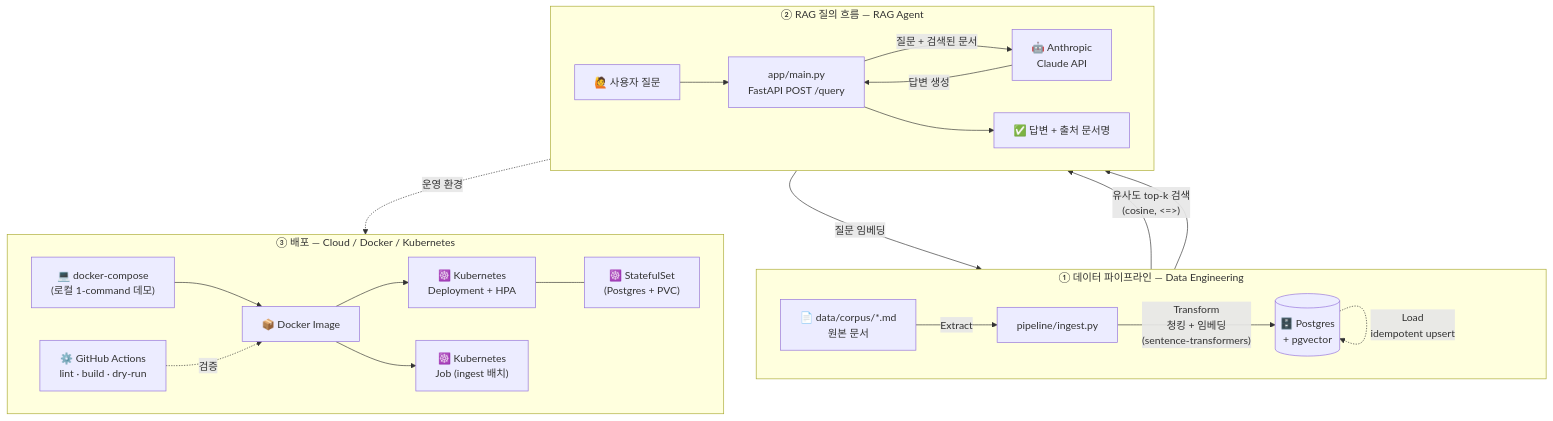
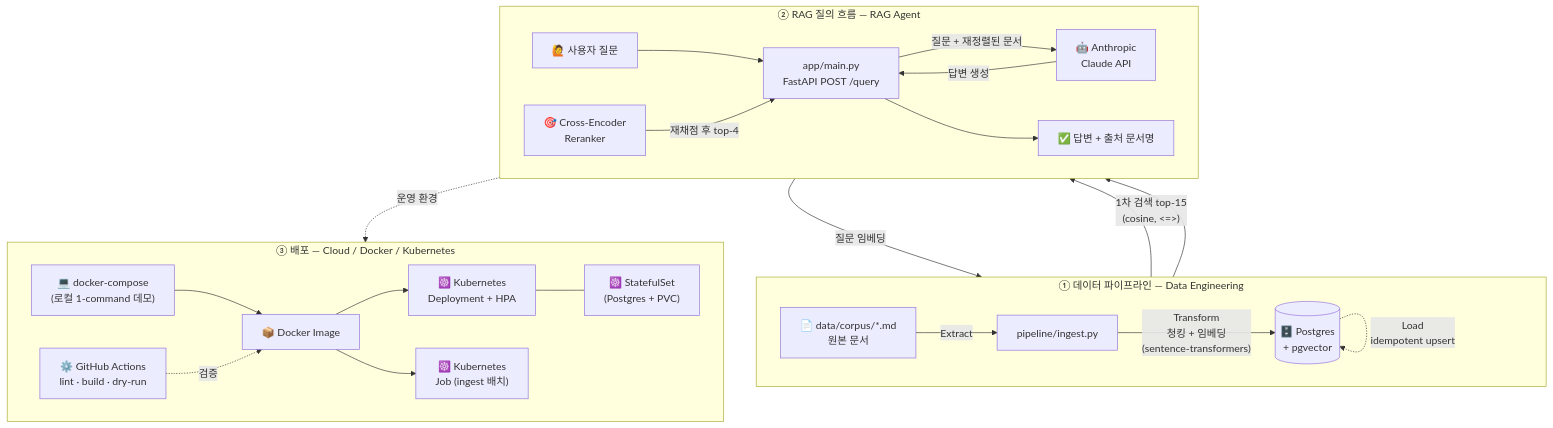
Before and after one commit to sososo0/RAG-Agent: the diagram in README.md, drawn with Mermaid. The commit also changed other lines of this file and 3 other files, not shown here.

First line of the commit message:
Add cross-encoder reranking stage to improve retrieval quality

````diff
--- a/README.md
+++ b/README.md
@@ -9,31 +9,32 @@
 ```mermaid
 flowchart TB
     subgraph S1["① 데이터 파이프라인 — Data Engineering"]
         direction LR
         A["📄 data/corpus/*.md\n원본 문서"] -->|Extract| B["pipeline/ingest.py"]
         B -->|"Transform\n청킹 + 임베딩\n(sentence-transformers)"| C[("🗄️ Postgres\n+ pgvector")]
         C -.->|"Load\nidempotent upsert"| C
     end
 
     subgraph S2["② RAG 질의 흐름 — RAG Agent"]
         direction LR
         U["🙋 사용자 질문"] --> APP["app/main.py\nFastAPI POST /query"]
         APP -->|질문 임베딩| C
-        C -->|"유사도 top-k 검색\n(cosine, <=>)"| APP
-        APP -->|"질문 + 검색된 문서"| LLM["🤖 Anthropic\nClaude API"]
+        C -->|"1차 검색 top-15\n(cosine, <=>)"| RR["🎯 Cross-Encoder\nReranker"]
+        RR -->|"재채점 후 top-4"| APP
+        APP -->|"질문 + 재정렬된 문서"| LLM["🤖 Anthropic\nClaude API"]
         LLM -->|답변 생성| APP
         APP --> ANS["✅ 답변 + 출처 문서명"]
     end
 
     subgraph S3["③ 배포 — Cloud / Docker / Kubernetes"]
         direction LR
         DEV["💻 docker-compose\n(로컬 1-command 데모)"] --> IMG["📦 Docker Image"]
         IMG --> DEPLOY["☸️ Kubernetes\nDeployment + HPA"]
         IMG --> JOB["☸️ Kubernetes\nJob (ingest 배치)"]
         DEPLOY --- PG["☸️ StatefulSet\n(Postgres + PVC)"]
         CI["⚙️ GitHub Actions\nlint · build · dry-run"] -.검증.-> IMG
     end
 
     S1 --> S2
     S2 -.운영 환경.-> S3
 ```
````
